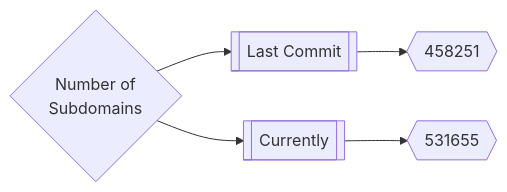
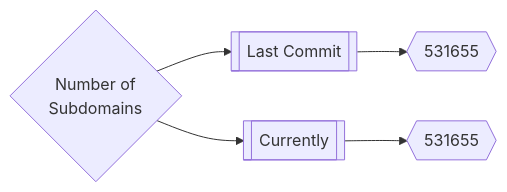
Before and after one commit to trickest/inventory: the first of 3 diagrams in README.md, drawn with Mermaid.

Commit message:
Update Sat Mar 12 19:38:35 UTC 2022

````diff
--- a/README.md
+++ b/README.md
@@ -165,5 +165,5 @@
 ```mermaid
 graph LR
-title{Number of<br>Subdomains} --> subdomainsDate1[[Last Commit]] --> subdomainsNum1{{458251}}
+title{Number of<br>Subdomains} --> subdomainsDate1[[Last Commit]] --> subdomainsNum1{{531655}}
 title --> subdomainsDate2[[Currently]] --> subdomainsNum2{{531655}}
 ```
````
